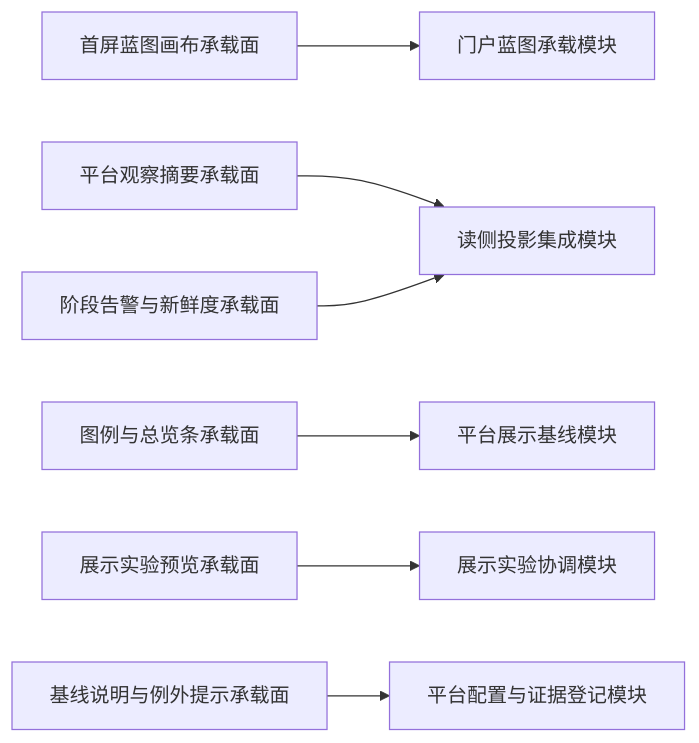
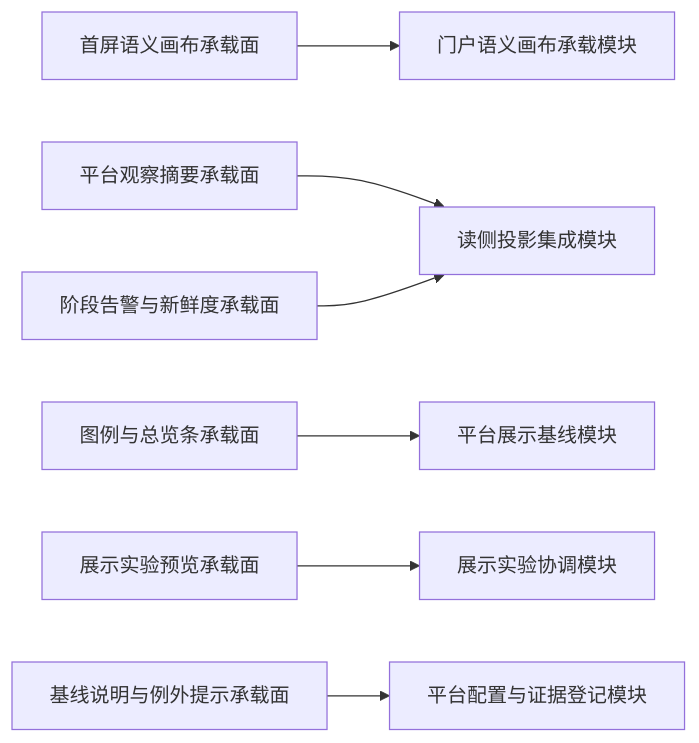
Before and after one commit to wgwtest/CodeFactoryV2: the fourth of 4 diagrams in DOC/CODEX_DOC/02_设计说明/P6_门户与平台入口/P6-门户与平台入口设计.md, drawn with Mermaid. The commit also changed other lines of this file and 94 other files, not shown here.

````diff
--- a/DOC/CODEX_DOC/02_设计说明/P6_门户与平台入口/P6-门户与平台入口设计.md
+++ b/DOC/CODEX_DOC/02_设计说明/P6_门户与平台入口/P6-门户与平台入口设计.md
@@ -449,9 +451,9 @@
 ```mermaid
 flowchart LR
-    V1["首屏蓝图画布承载面"] --> M3["门户蓝图承载模块"]
+    V1["首屏语义画布承载面"] --> M3["门户语义画布承载模块"]
     V2["平台观察摘要承载面"] --> M2["读侧投影集成模块"]
     V3["图例与总览条承载面"] --> M4["平台展示基线模块"]
     V4["阶段告警与新鲜度承载面"] --> M2
     V5["展示实验预览承载面"] --> M5["展示实验协调模块"]
     V6["基线说明与例外提示承载面"] --> M6["平台配置与证据登记模块"]
 ```
````
